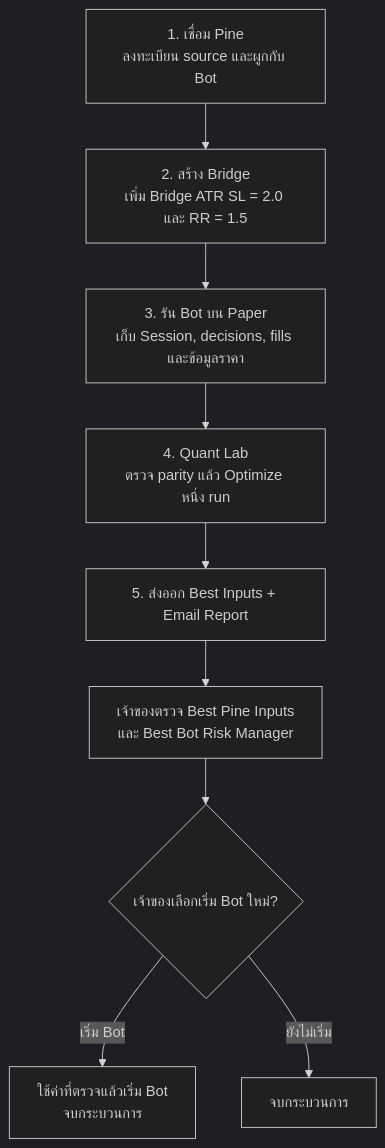
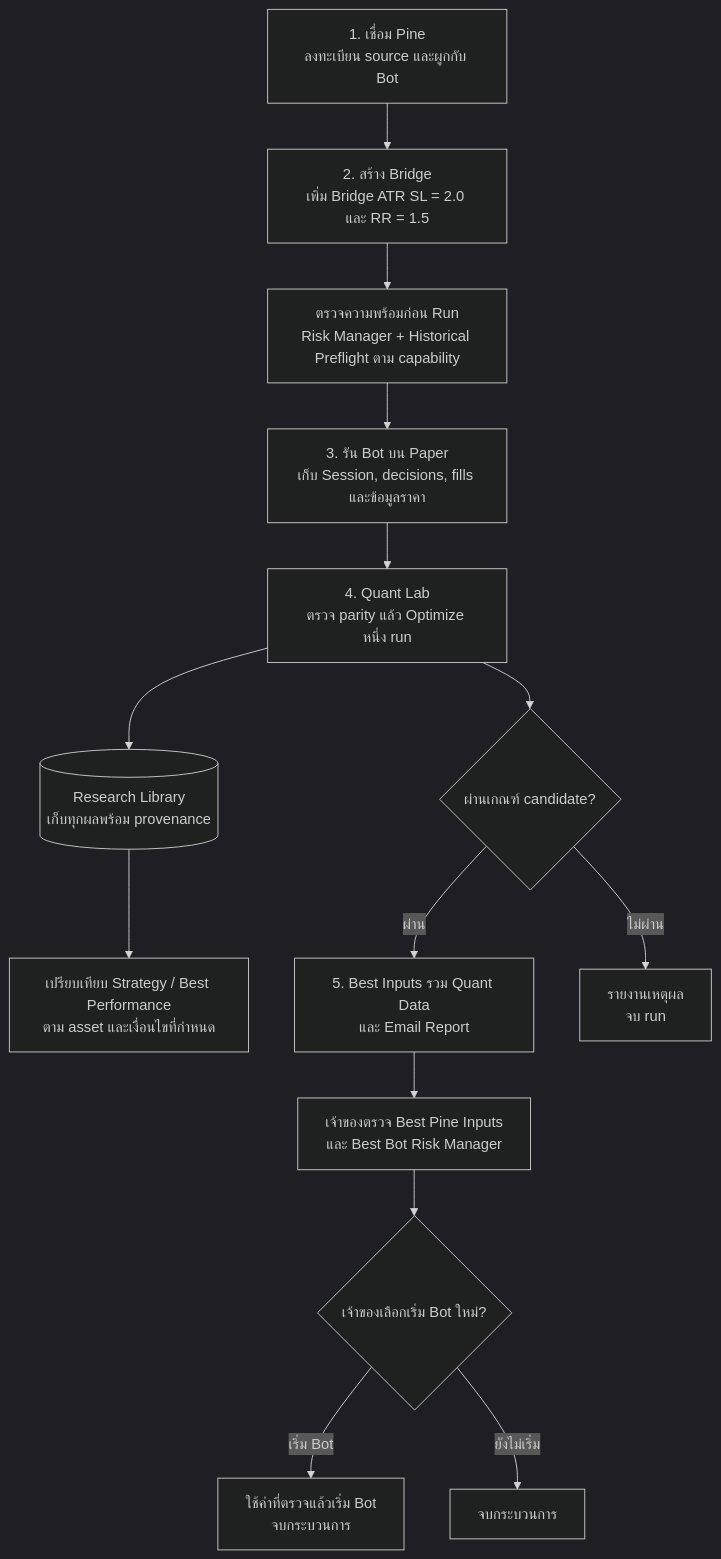
Before and after one commit to sanchatmd-dev/trading-bot: the diagram in Context.md, drawn with Mermaid (dark theme). The commit also changed other lines of this file and 9 other files, not shown here.

Commit message:
docs: consolidate preflight research and time management plans

````diff
--- a/Context.md
+++ b/Context.md
@@ -52,11 +125,16 @@
 ```mermaid
 flowchart TD
     S1["1. เชื่อม Pine<br/>ลงทะเบียน source และผูกกับ Bot"] --> S2["2. สร้าง Bridge<br/>เพิ่ม Bridge ATR SL = 2.0 และ RR = 1.5"]
-    S2 --> S3["3. รัน Bot บน Paper<br/>เก็บ Session, decisions, fills และข้อมูลราคา"]
+    S2 --> P["ตรวจความพร้อมก่อน Run<br/>Risk Manager + Historical Preflight ตาม capability"]
+    P --> S3["3. รัน Bot บน Paper<br/>เก็บ Session, decisions, fills และข้อมูลราคา"]
     S3 --> S4["4. Quant Lab<br/>ตรวจ parity แล้ว Optimize หนึ่ง run"]
-    S4 --> S5["5. ส่งออก Best Inputs + Email Report"]
+    S4 --> LIB[("Research Library<br/>เก็บทุกผลพร้อม provenance")]
+    LIB --> CMP["เปรียบเทียบ Strategy / Best Performance<br/>ตาม asset และเงื่อนไขที่กำหนด"]
+    S4 --> G{"ผ่านเกณฑ์ candidate?"}
+    G -->|ผ่าน| S5["5. Best Inputs รวม Quant Data<br/>และ Email Report"]
+    G -->|ไม่ผ่าน| N["รายงานเหตุผล<br/>จบ run"]
     S5 --> S6["เจ้าของตรวจ Best Pine Inputs<br/>และ Best Bot Risk Manager"]
     S6 --> S7{"เจ้าของเลือกเริ่ม Bot ใหม่?"}
     S7 -->|เริ่ม Bot| S8["ใช้ค่าที่ตรวจแล้วเริ่ม Bot<br/>จบกระบวนการ"]
     S7 -->|ยังไม่เริ่ม| S9["จบกระบวนการ"]
 ```
````
